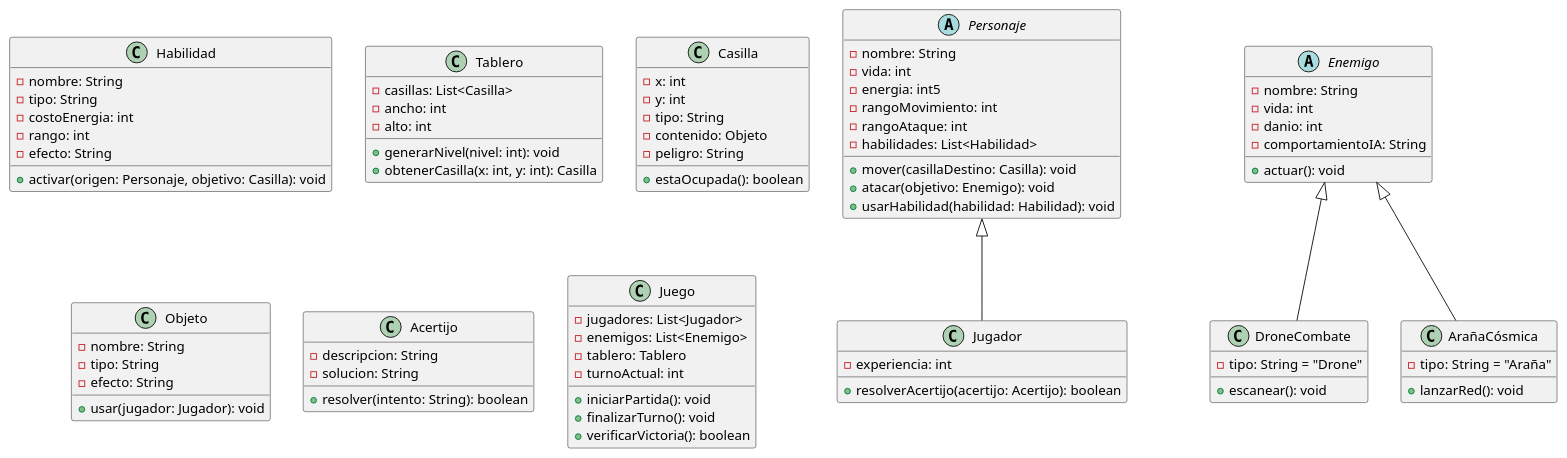
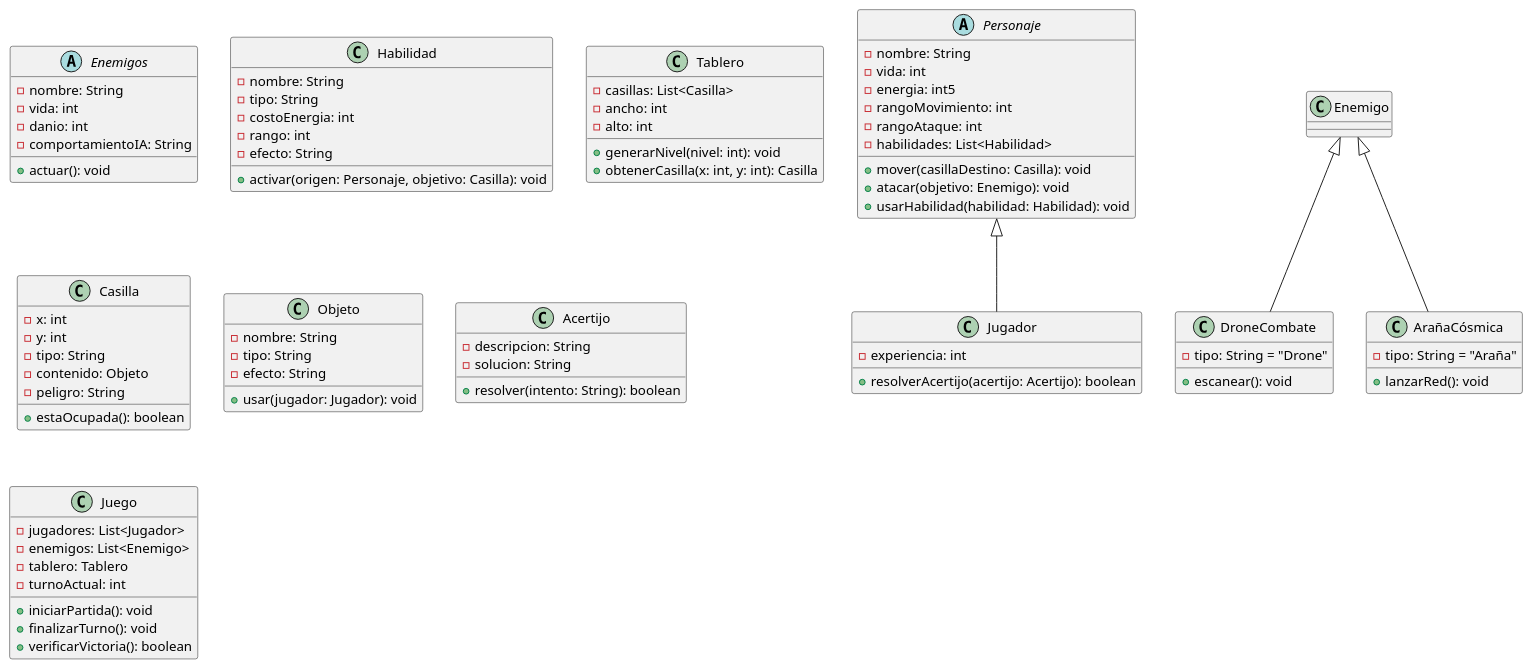
Before and after one commit to yosbel-penate/lorenzo.alvarado-Proyecto-Final-DPOO-2025: the diagram in Código UML.puml, drawn with PlantUML.

```diff
--- a/Código UML.puml
+++ b/Código UML.puml
@@ -1,87 +1,87 @@
 @startuml
 
 abstract class Personaje {
     - nombre: String
     - vida: int
     - energia: int5
     - rangoMovimiento: int
     - rangoAtaque: int
     - habilidades: List<Habilidad>
     + mover(casillaDestino: Casilla): void
     + atacar(objetivo: Enemigo): void
     + usarHabilidad(habilidad: Habilidad): void
 }
 
 class Jugador extends Personaje {
     - experiencia: int
     + resolverAcertijo(acertijo: Acertijo): boolean
 }
 
-abstract class Enemigo {
+abstract class Enemigos{
     - nombre: String
     - vida: int
     - danio: int
     - comportamientoIA: String
     + actuar(): void
 }
 
 class DroneCombate extends Enemigo {
     - tipo: String = "Drone"
     + escanear(): void
 }
 
 class ArañaCósmica extends Enemigo {
     - tipo: String = "Araña"
     + lanzarRed(): void
 }
 
 class Habilidad {
     - nombre: String
     - tipo: String
     - costoEnergia: int
     - rango: int
     - efecto: String
     + activar(origen: Personaje, objetivo: Casilla): void
 }
 
 class Tablero {
     - casillas: List<Casilla>
     - ancho: int
     - alto: int
     + generarNivel(nivel: int): void
     + obtenerCasilla(x: int, y: int): Casilla
 }
 
 class Casilla {
     - x: int
     - y: int
     - tipo: String
     - contenido: Objeto
     - peligro: String
     + estaOcupada(): boolean
 }
 
 class Objeto {
     - nombre: String
     - tipo: String
     - efecto: String
     + usar(jugador: Jugador): void
 }
 
 class Acertijo {
     - descripcion: String
     - solucion: String
     + resolver(intento: String): boolean
 }
 
 class Juego {
     - jugadores: List<Jugador>
     - enemigos: List<Enemigo>
     - tablero: Tablero
     - turnoActual: int
     + iniciarPartida(): void
     + finalizarTurno(): void
     + verificarVictoria(): boolean
 }
 
 @enduml
```
